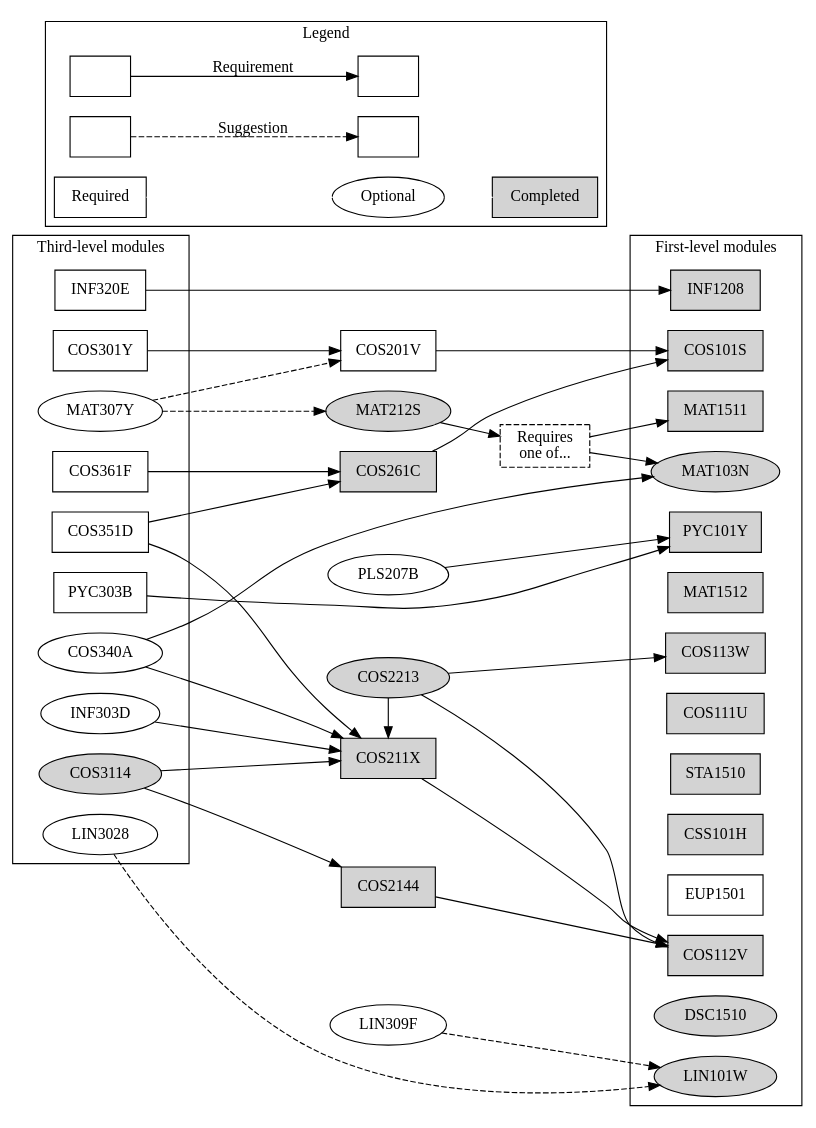
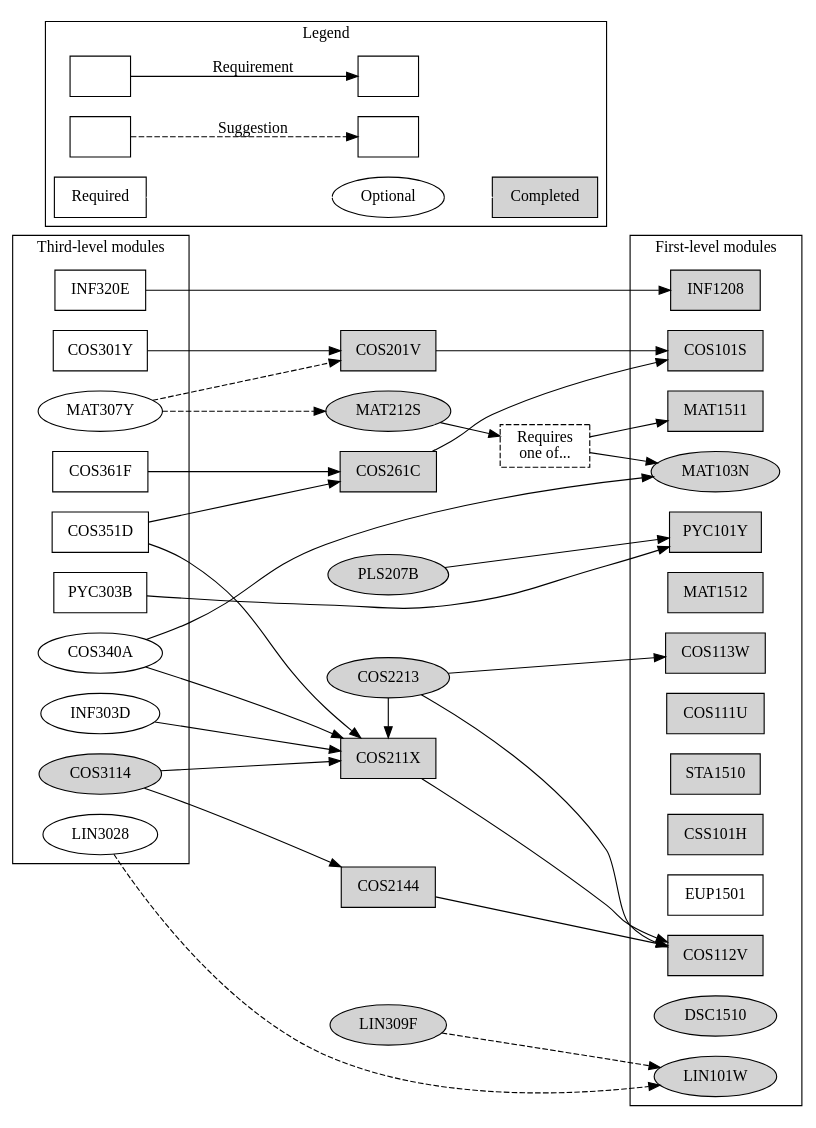
One commit to apauley/unisa-module-graph changed the diagram in ComputationalIntelligence.dot. Above: the diagram before and after it, drawn with Graphviz. The commit also changed 1 other file, not shown here.

```diff
--- a/ComputationalIntelligence.dot
+++ b/ComputationalIntelligence.dot
@@ -1,89 +1,89 @@
 digraph ComputationalIntelligence {
     node [shape=box];
     rankdir=LR;
 
     subgraph cluster3 {
         label = "Third-level modules";
 
         {rank=same;
         COS301Y INF320E COS351D COS361F PYC303B}
 
         {rank=same; node [shape=ellipse];
         COS3114 [style=filled]
         MAT307Y COS340A
         INF303D
         LIN3028}
     }
 
     {rank=same;
-    COS201V
+    COS201V [style=filled]
     {node [style=filled]; COS211X COS261C COS2144}}
 
     {rank=same; node [shape=ellipse];
-    PLS207B
+    PLS207B [style=filled]
     MAT212S [style=filled]
     COS2213 [style=filled]
-    LIN309F}
+    LIN309F [style=filled]}
 
     MAT103OR151 [label="Requires\none of...", style=dashed];
 
     subgraph cluster1 {
         label = "First-level modules";
 
         {rank=same;
         {node [style=filled];
               COS101S COS112V COS113W INF1208 MAT1511 MAT1512
               PYC101Y COS111U STA1510 CSS101H}
         EUP1501}
 
         {rank=same; node [shape=ellipse];
             {node [style=filled];
                 MAT103N DSC1510 LIN101W}}
     }
 
 
     subgraph cluster0 {
         rankdir=LR;
         label = "Legend";
 
         Module1 [label=""];
         Module2 [label=""];
         Module3 [label=""];
         Module4 [label=""];
         Module2 -> Module1 [label="Requirement"]
         Module4 -> Module3 [label="Suggestion", style=dashed]
 
         Required;
         Completed [style=filled];
         Optional [shape=ellipse];
         Required -> Optional [color=white];
         Optional -> Completed [color=white];
     }
 
 
     COS301Y -> {COS201V}
     INF320E -> {INF1208}
     COS351D -> {COS211X COS261C}
     COS361F -> {COS261C}
     PYC303B -> {PYC101Y}
 
     COS3114 -> {COS211X COS2144}
     MAT307Y -> {MAT212S COS201V} [style=dashed]
     INF303D -> {COS211X}
     LIN3028 -> {LIN101W} [style=dashed]
     COS340A -> {COS211X MAT103N}
 
 
     COS201V -> {COS101S}
     COS211X -> {COS112V}
     COS261C -> {COS101S}
     COS2144 -> {COS112V}
 
     {rank=same; COS2213 COS211X}
     COS2213 -> {COS112V COS113W}
     COS2213 -> {COS211X}
     MAT212S -> {MAT103OR151}
     MAT103OR151 -> {MAT103N MAT1511}
     LIN309F -> {LIN101W} [style=dashed]
     PLS207B -> {PYC101Y}
 }
```
